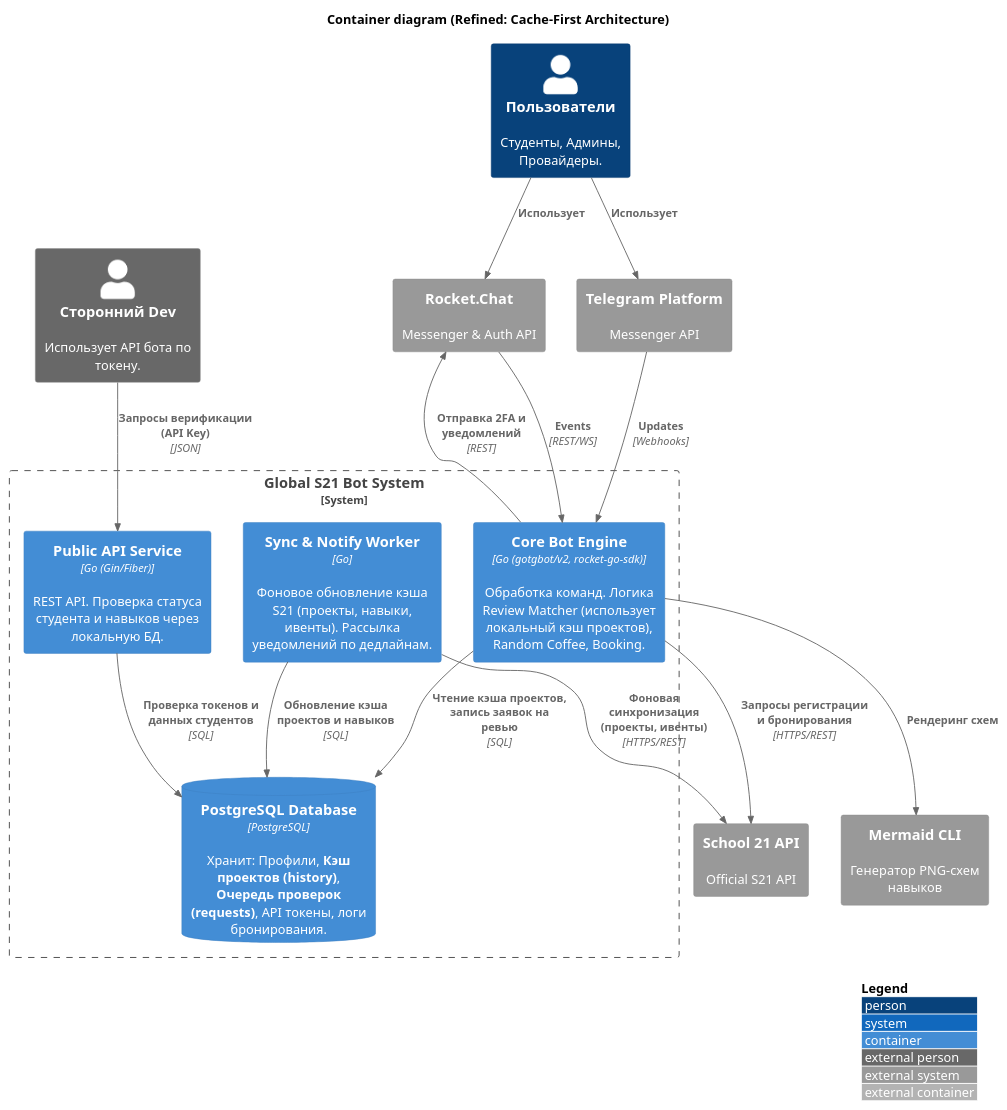
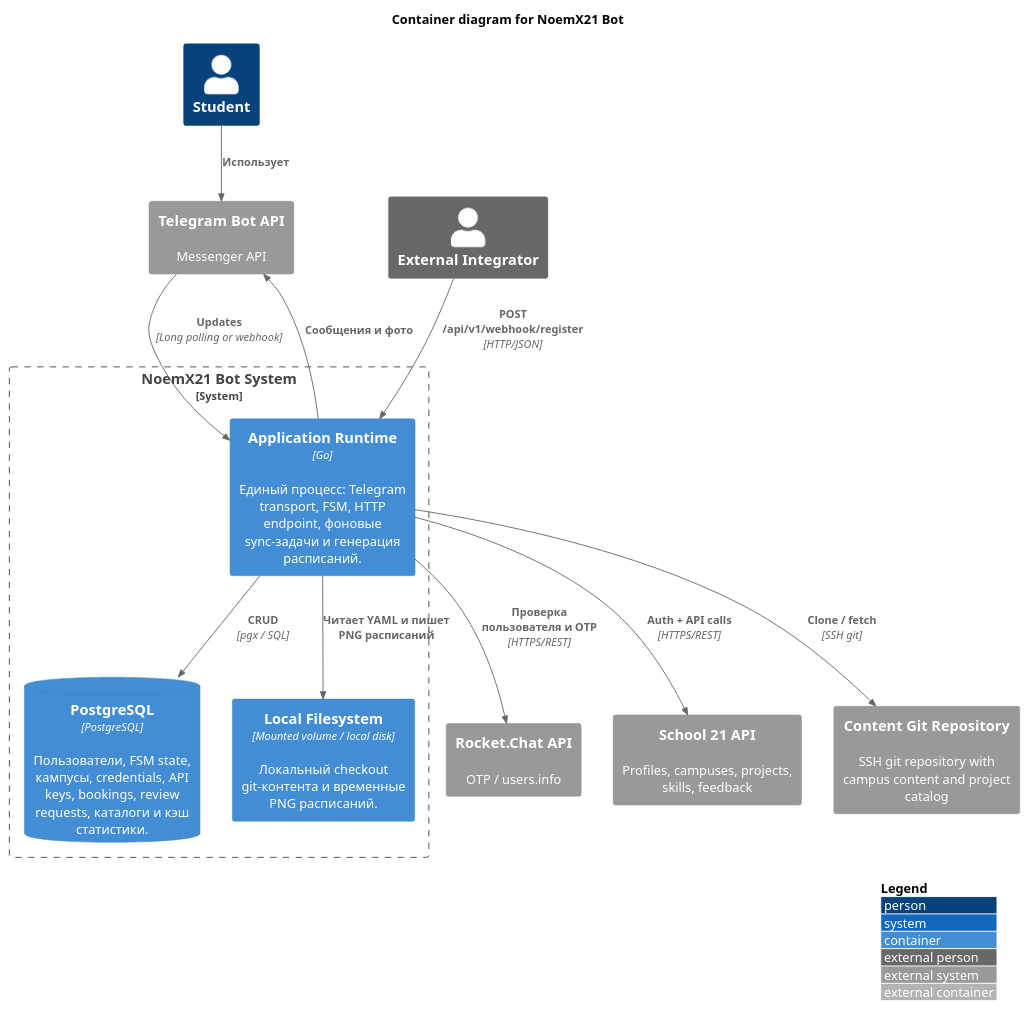
The diagram in docs/c4/c4_container.puml (vgy789/NoemX21-bot), drawn with PlantUML before and after one commit. The commit also changed 4 other files, not shown here.

Commit message:
chore: актуализированы c4 диаграммы

```diff
--- a/docs/c4/c4_container.puml
+++ b/docs/c4/c4_container.puml
@@ -1,46 +1,34 @@
 @startuml C4_Elements
 !include https://raw.githubusercontent.com/plantuml-stdlib/C4-PlantUML/master/C4_Container.puml
 
 LAYOUT_WITH_LEGEND()
-title Container diagram (Refined: Cache-First Architecture)
 
-Person(user, "Пользователи", "Студенты, Админы, Провайдеры.")
-Person_Ext(ext_dev, "Сторонний Dev", "Использует API бота по токену.")
+title Container diagram for NoemX21 Bot
 
-System_Boundary(c1, "Global S21 Bot System") {
-    
-    Container(bot_engine, "Core Bot Engine", "Go (gotgbot/v2, rocket-go-sdk)", "Обработка команд. Логика Review Matcher (использует локальный кэш проектов), Random Coffee, Booking.")
-    
-    Container(api_service, "Public API Service", "Go (Gin/Fiber)", "REST API. Проверка статуса студента и навыков через локальную БД.")
-    
-    Container(worker, "Sync & Notify Worker", "Go", "Фоновое обновление кэша S21 (проекты, навыки, ивенты). Рассылка уведомлений по дедлайнам.")
-    
-    ContainerDb(db, "PostgreSQL Database", "PostgreSQL", "Хранит: Профили, **Кэш проектов (history)**, **Очередь проверок (requests)**, API токены, логи бронирования.")
+Person(student, "Student")
+Person_Ext(integrator, "External Integrator")
+
+System_Boundary(noemx, "NoemX21 Bot System") {
+    Container(app, "Application Runtime", "Go", "Единый процесс: Telegram transport, FSM, HTTP endpoint, фоновые sync-задачи и генерация расписаний.")
+    ContainerDb(db, "PostgreSQL", "PostgreSQL", "Пользователи, FSM state, кампусы, credentials, API keys, bookings, review requests, каталоги и кэш статистики.")
+    Container(fs, "Local Filesystem", "Mounted volume / local disk", "Локальный checkout git-контента и временные PNG расписаний.")
 }
 
-System_Ext(telegram, "Telegram Platform", "Messenger API")
-System_Ext(rocket_chat, "Rocket.Chat", "Messenger & Auth API")
-System_Ext(s21_api, "School 21 API", "Official S21 API")
-System_Ext(diagram, "Mermaid CLI", "Генератор PNG-схем навыков")
+System_Ext(telegram, "Telegram Bot API", "Messenger API")
+System_Ext(rocket, "Rocket.Chat API", "OTP / users.info")
+System_Ext(s21, "School 21 API", "Profiles, campuses, projects, skills, feedback")
+System_Ext(git_repo, "Content Git Repository", "SSH git repository with campus content and project catalog")
 
-' Взаимодействие
-Rel(user, telegram, "Использует")
-Rel(user, rocket_chat, "Использует")
+Rel(student, telegram, "Использует")
+Rel(telegram, app, "Updates", "Long polling or webhook")
+Rel(app, telegram, "Сообщения и фото")
 
-Rel(telegram, bot_engine, "Updates", "Webhooks")
-Rel(rocket_chat, bot_engine, "Events", "REST/WS")
+Rel(integrator, app, "POST /api/v1/webhook/register", "HTTP/JSON")
 
-' Четкое разделение ответственности с БД
-Rel(bot_engine, db, "Чтение кэша проектов, запись заявок на ревью", "SQL")
-Rel(worker, db, "Обновление кэша проектов и навыков", "SQL")
-Rel(api_service, db, "Проверка токенов и данных студентов", "SQL")
-
-' Внешние связи
-Rel(bot_engine, s21_api, "Запросы регистрации и бронирования", "HTTPS/REST")
-Rel(worker, s21_api, "Фоновая синхронизация (проекты, ивенты)", "HTTPS/REST")
-Rel(bot_engine, rocket_chat, "Отправка 2FA и уведомлений", "REST")
-Rel(ext_dev, api_service, "Запросы верификации (API Key)", "JSON")
-
-Rel(bot_engine, diagram, "Рендеринг схем")
+Rel(app, db, "CRUD", "pgx / SQL")
+Rel(app, fs, "Читает YAML и пишет PNG расписаний")
+Rel(app, rocket, "Проверка пользователя и OTP", "HTTPS/REST")
+Rel(app, s21, "Auth + API calls", "HTTPS/REST")
+Rel(app, git_repo, "Clone / fetch", "SSH git")
 
 @enduml
```
